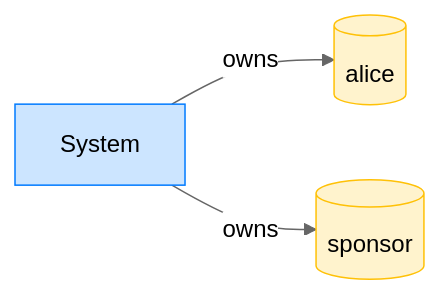
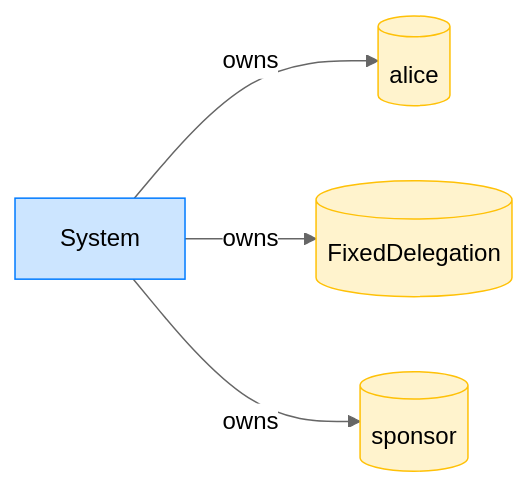
One commit to cds-rs/subscriptions changed diagram 12 of 12 in dsl_tests/create-a-fixed-delegation-with-a-sponsor.md. Above: the diagram before and after it, drawn with Mermaid (neutral theme). The commit also changed other lines of this file and 224 other files, not shown here.

````diff
--- a/dsl_tests/create-a-fixed-delegation-with-a-sponsor.md
+++ b/dsl_tests/create-a-fixed-delegation-with-a-sponsor.md
@@ -224,10 +233,12 @@
 ```mermaid
 flowchart LR
     classDef owner fill:#cce5ff,stroke:#007bff;
     classDef account fill:#fff3cd,stroke:#ffc107;
     System[System]:::owner
     alice[(alice)]:::account
+    FixedDelegation[(FixedDelegation)]:::account
     sponsor[(sponsor)]:::account
     System -->|owns| alice
+    System -->|owns| FixedDelegation
     System -->|owns| sponsor
 ```
````
